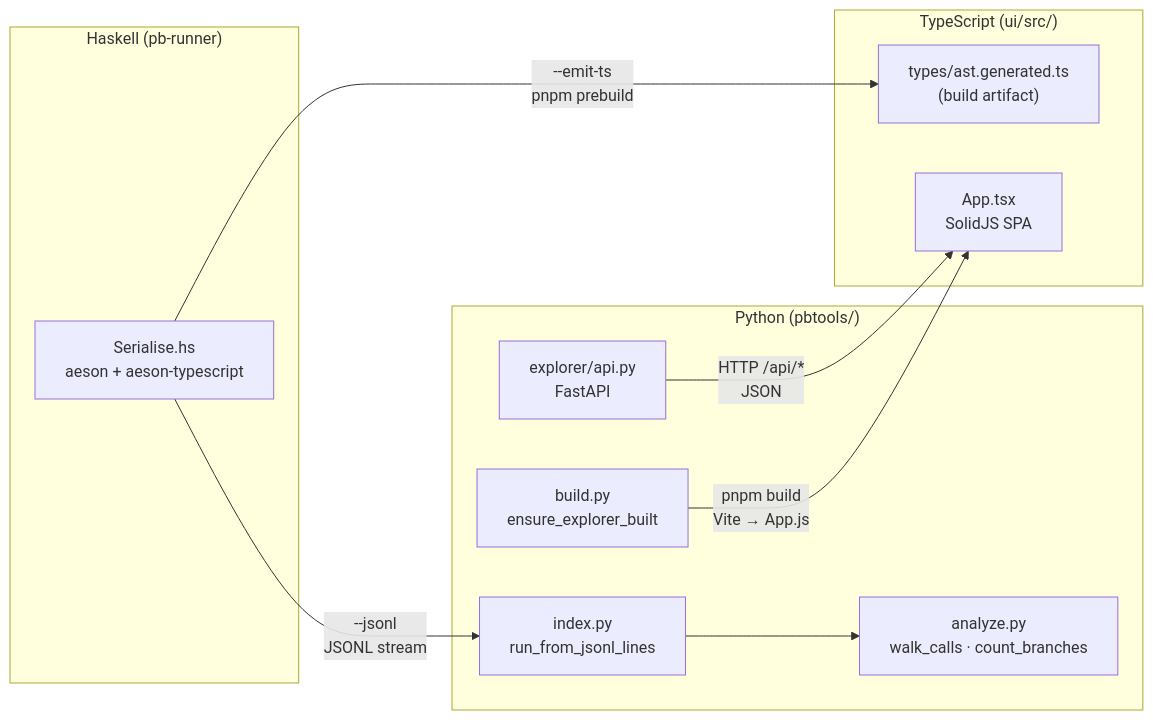
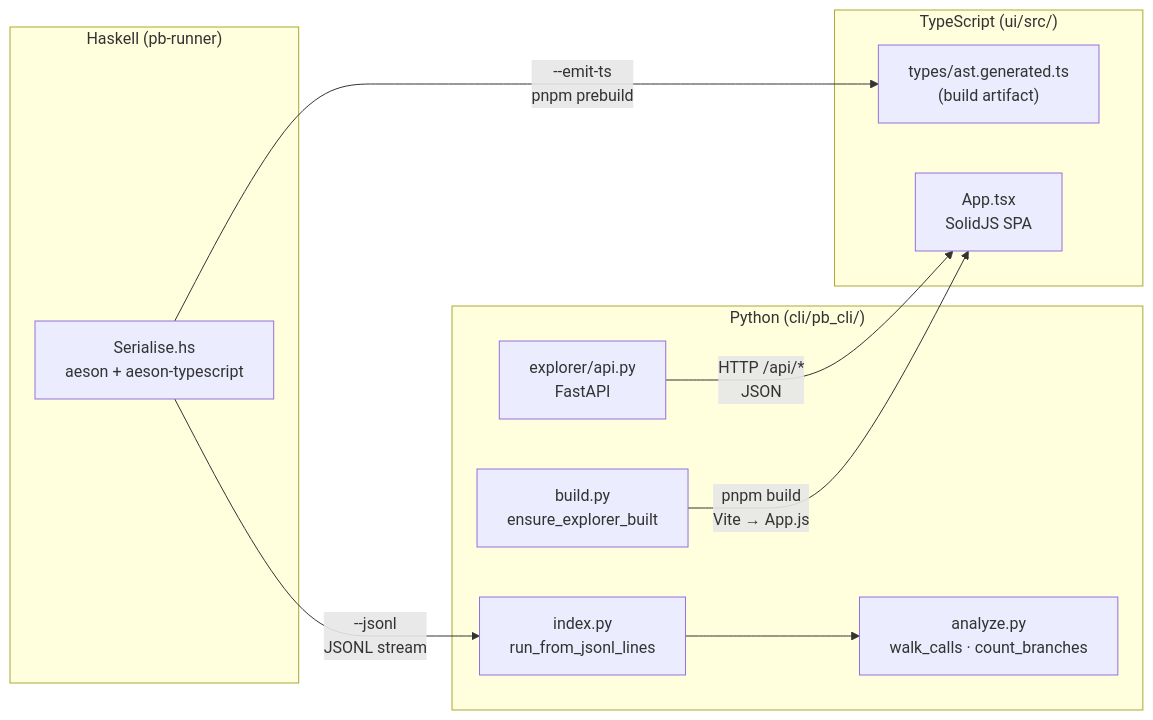
Before and after one commit to thomasmarsh/pb: the second of 2 diagrams in ARCHITECTURE.md, drawn with Mermaid. The commit also changed other lines of this file and 84 other files, not shown here.

````diff
--- a/ARCHITECTURE.md
+++ b/ARCHITECTURE.md
@@ -90,22 +96,22 @@
 ```mermaid
 flowchart LR
     subgraph Haskell["Haskell (pb-runner)"]
         HS_SER["Serialise.hs\naeson + aeson-typescript"]
     end
-    subgraph Python["Python (pbtools/)"]
+    subgraph Python["Python (cli/pb_cli/)"]
         PY_BUILD["build.py\nensure_explorer_built"]
         PY_IDX["index.py\nrun_from_jsonl_lines"]
         PY_ANA["analyze.py\nwalk_calls · count_branches"]
         PY_API["explorer/api.py\nFastAPI"]
     end
     subgraph TS["TypeScript (ui/src/)"]
         TS_TYPES["types/ast.generated.ts\n(build artifact)"]
         TS_APP["App.tsx\nSolidJS SPA"]
     end
 
     HS_SER -->|"--emit-ts\npnpm prebuild"| TS_TYPES
     HS_SER -->|"--jsonl\nJSONL stream"| PY_IDX
     PY_BUILD -->|"pnpm build\nVite → App.js"| TS_APP
     PY_IDX --> PY_ANA
     PY_API -->|"HTTP /api/*\nJSON"| TS_APP
 ```
````
